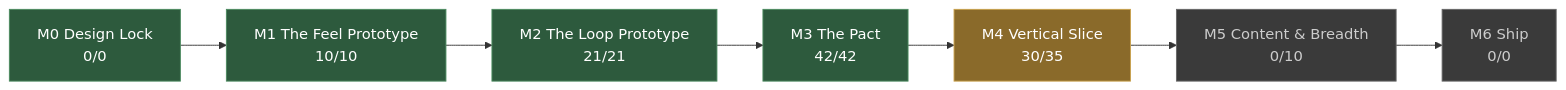
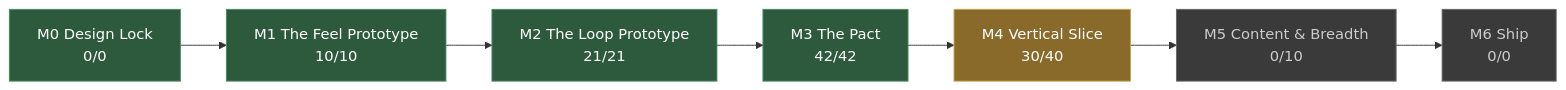
Before and after one commit to JoshuaGessner/she: the diagram in docs/STATUS.md, drawn with Mermaid. The commit also changed other lines of this file and 9 other files, not shown here.

````diff
--- a/docs/STATUS.md
+++ b/docs/STATUS.md
@@ -13,19 +13,19 @@
 ```mermaid
 flowchart LR
   M0["M0 Design Lock<br/>0/0"]:::passed
   M1["M1 The Feel Prototype<br/>10/10"]:::passed
   M0 --> M1
   M2["M2 The Loop Prototype<br/>21/21"]:::passed
   M1 --> M2
   M3["M3 The Pact<br/>42/42"]:::passed
   M2 --> M3
-  M4["M4 Vertical Slice<br/>30/35"]:::current
+  M4["M4 Vertical Slice<br/>30/40"]:::current
   M3 --> M4
   M5["M5 Content & Breadth<br/>0/10"]:::ahead
   M4 --> M5
   M6["M6 Ship<br/>0/0"]:::ahead
   M5 --> M6
   classDef passed fill:#2d5a3d,stroke:#4a8a5f,color:#fff
   classDef current fill:#8a6a2a,stroke:#c8a04a,color:#fff
   classDef ahead fill:#3a3a3a,stroke:#666,color:#ccc
 ```
````
